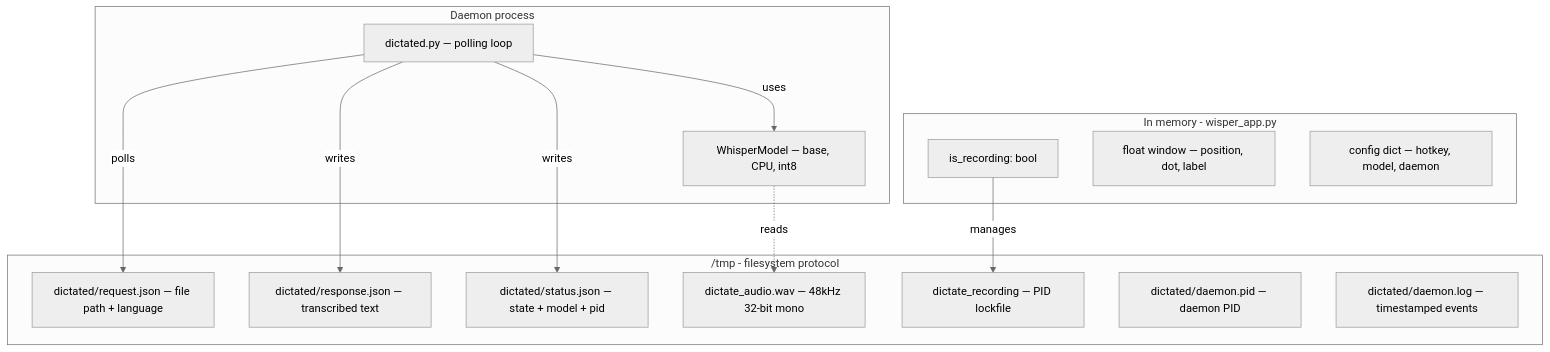
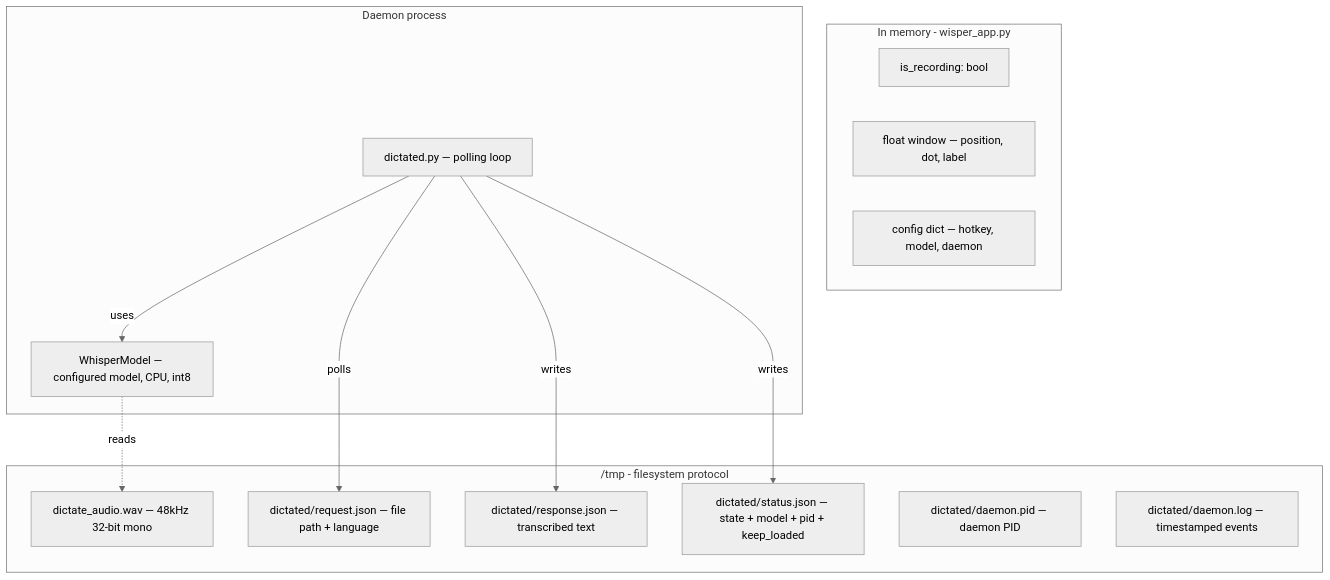
One commit to andkirby/whisper-ear changed the fourth of 6 diagrams in docs/architecture.md. Above: the diagram before and after it, drawn with Mermaid (neutral theme). The commit also changed other lines of this file, not shown here.

First line of the commit message:
Fix architecture docs: remove stale lockfile, quote diagram 6 labels

````diff
--- a/docs/architecture.md
+++ b/docs/architecture.md
@@ -120,30 +122,28 @@
 ```mermaid
 graph TB
     subgraph mem["In memory - wisper_app.py"]
         A["is_recording: bool"]
         B["float window — position, dot, label"]
         C["config dict — hotkey, model, daemon"]
     end
 
     subgraph fs["/tmp - filesystem protocol"]
         D["dictate_audio.wav — 48kHz 32-bit mono"]
-        E["dictate_recording — PID lockfile"]
         F["dictated/request.json — file path + language"]
         G["dictated/response.json — transcribed text"]
-        H["dictated/status.json — state + model + pid"]
+        H["dictated/status.json — state + model + pid + keep_loaded"]
         I["dictated/daemon.pid — daemon PID"]
         J["dictated/daemon.log — timestamped events"]
     end
 
     subgraph proc["Daemon process"]
         K["dictated.py — polling loop"]
-        L["WhisperModel — base, CPU, int8"]
+        L["WhisperModel — configured model, CPU, int8"]
     end
 
-    A -->|manages| E
     K -->|polls| F
     K -->|writes| G
     K -->|writes| H
     K -->|uses| L
     L -.->|reads| D
 ```
````
